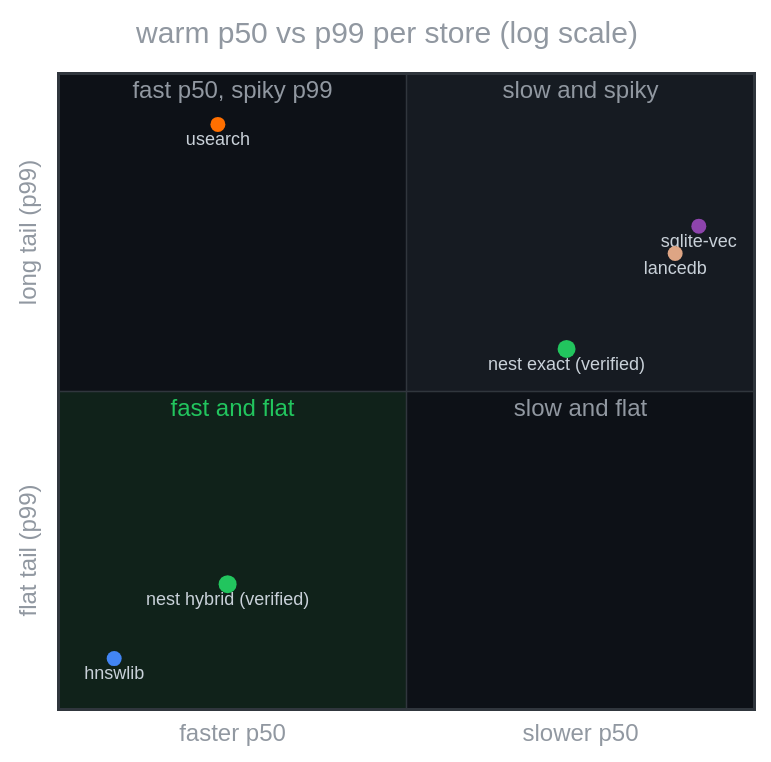
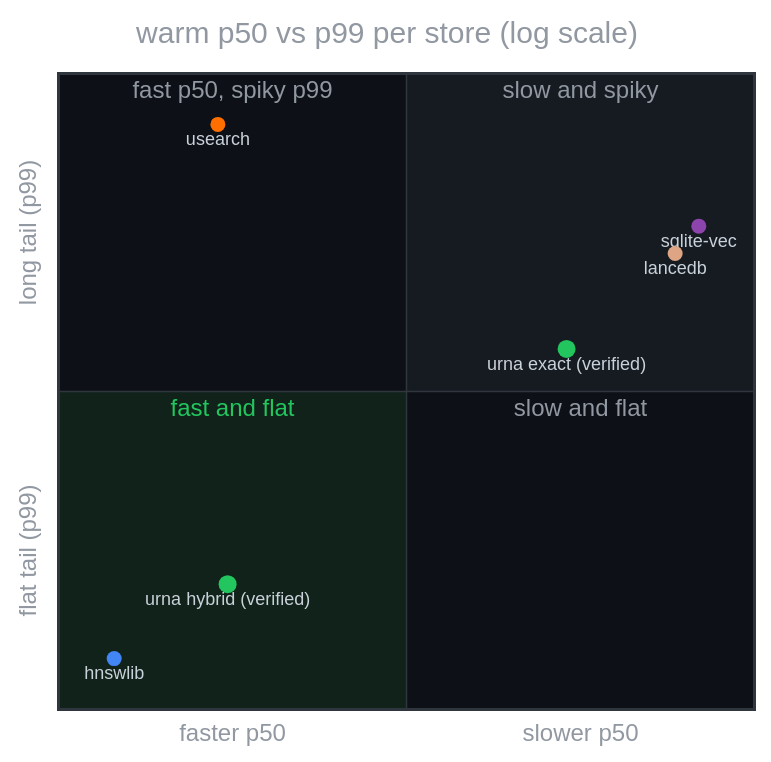
One commit to hoffresearch/nest changed the first of 7 diagrams in README.md. Above: the diagram before and after it, drawn with Mermaid. The commit also changed other lines of this file and 454 other files, not shown here.

First line of the commit message:
rename the project from nest to urna

````diff
--- a/README.md
+++ b/README.md
@@ -15,39 +17,39 @@
 ```mermaid
 ---
 config:
   theme: base
   themeVariables:
     quadrant1Fill: "#161b22"
     quadrant2Fill: "#0d1117"
     quadrant3Fill: "#10221a"
     quadrant4Fill: "#0d1117"
     quadrant1TextFill: "#9198a1"
     quadrant2TextFill: "#9198a1"
     quadrant3TextFill: "#22C55E"
     quadrant4TextFill: "#9198a1"
     quadrantPointFill: "#8B5CF6"
     quadrantPointTextFill: "#c9d1d9"
     quadrantXAxisTextFill: "#9198a1"
     quadrantYAxisTextFill: "#9198a1"
     quadrantTitleFill: "#9198a1"
     quadrantInternalBorderStrokeFill: "#30363d"
     quadrantExternalBorderStrokeFill: "#30363d"
     primaryColor: "#161b22"
     primaryBorderColor: "#30363d"
     lineColor: "#30363d"
 ---
 quadrantChart
     title warm p50 vs p99 per store (log scale)
     x-axis "faster p50" --> "slower p50"
     y-axis "flat tail (p99)" --> "long tail (p99)"
     quadrant-1 "slow and spiky"
     quadrant-2 "fast p50, spiky p99"
     quadrant-3 "fast and flat"
     quadrant-4 "slow and flat"
     "hnswlib": [0.08, 0.08] radius: 5, color: #4285F4
-    "nest hybrid (verified)": [0.243, 0.197] radius: 6, color: #22C55E
+    "urna hybrid (verified)": [0.243, 0.197] radius: 6, color: #22C55E
     "usearch": [0.229, 0.92] radius: 5, color: #FF6F00
-    "nest exact (verified)": [0.73, 0.567] radius: 6, color: #22C55E
+    "urna exact (verified)": [0.73, 0.567] radius: 6, color: #22C55E
     "lancedb": [0.886, 0.717] radius: 5, color: #DEA584
     "sqlite-vec": [0.92, 0.76] radius: 5, color: #8E44AD
 ```
````
